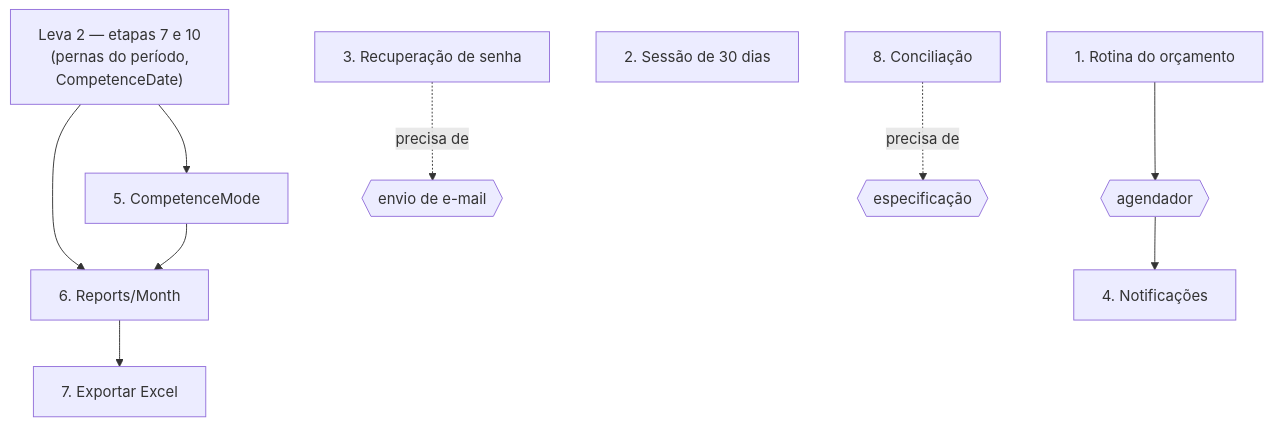
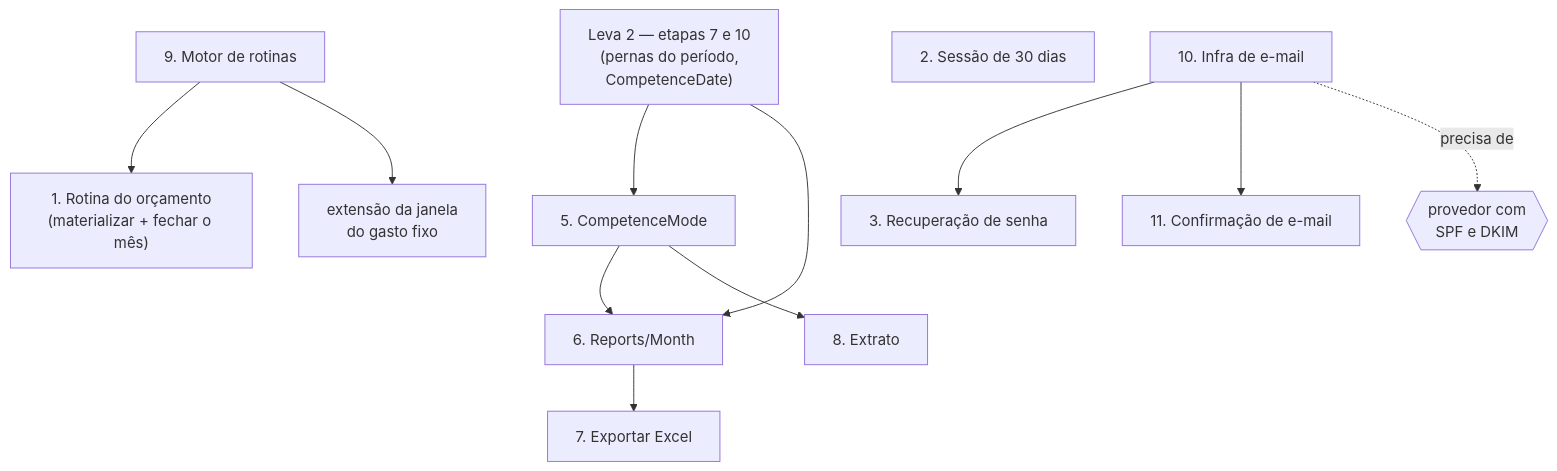
One commit to jamess0160/GastosMensaisV4 changed the diagram in docs/levas/3. Plano de Desenvolvimento - Leva 3.md. Above: the diagram before and after it, drawn with Mermaid. The commit also changed other lines of this file and 3 other files, not shown here.

````diff
--- a/docs/levas/3. Plano de Desenvolvimento - Leva 3.md
+++ b/docs/levas/3. Plano de Desenvolvimento - Leva 3.md
@@ -47,12 +60,14 @@
 ```mermaid
 graph TD
     L2["Leva 2 — etapas 7 e 10<br/>(pernas do período,<br/>CompetenceDate)"] --> E5["5. CompetenceMode"]
     L2 --> E6["6. Reports/Month"]
     E5 --> E6
-    E1["1. Rotina do orçamento"] --> AG{{"agendador"}}
-    AG --> E4["4. Notificações"]
+    E9["9. Motor de rotinas"] --> E1["1. Rotina do orçamento<br/>(materializar + fechar o mês)"]
+    E9 --> FIXO["extensão da janela<br/>do gasto fixo"]
     E6 --> E7["7. Exportar Excel"]
+    E5 --> E8["8. Extrato"]
     E2["2. Sessão de 30 dias"]
-    E3["3. Recuperação de senha"] -.->|"precisa de"| MAIL{{"envio de e-mail"}}
-    E8["8. Conciliação"] -.->|"precisa de"| SPEC{{"especificação"}}
+    E10["10. Infra de e-mail"] --> E3["3. Recuperação de senha"]
+    E10 --> E11["11. Confirmação de e-mail"]
+    E10 -.->|"precisa de"| MAIL{{"provedor com<br/>SPF e DKIM"}}
 ```
````
